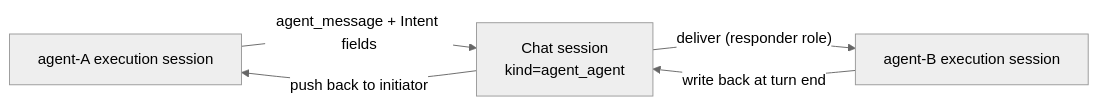
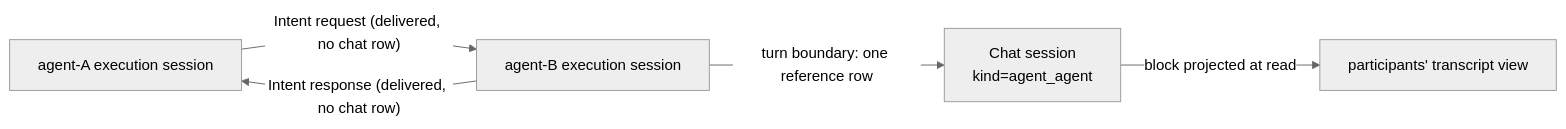
The third of 10 diagrams in docs/design/en/27-intent-messaging-and-group-chat.md (acowork/acowork), drawn with Mermaid (neutral theme) before and after one commit. The commit also changed other lines of this file and 3 other files, not shown here.

````diff
--- a/docs/design/en/27-intent-messaging-and-group-chat.md
+++ b/docs/design/en/27-intent-messaging-and-group-chat.md
@@ -81,7 +83,7 @@
 ```mermaid
 graph LR
-    AES["agent-A execution session"] -->|"agent_message + Intent fields"| ACS["Chat session<br/>kind=agent_agent"]
-    ACS -->|"deliver (responder role)"| BES["agent-B execution session"]
-    BES -->|"write back at turn end"| ACS
-    ACS -->|"push back to initiator"| AES
+    AES["agent-A execution session"] -->|"Intent request (delivered, no chat row)"| BES["agent-B execution session"]
+    BES -->|"turn boundary: one reference row"| ACS["Chat session<br/>kind=agent_agent"]
+    BES -->|"Intent response (delivered, no chat row)"| AES
+    ACS -->|"block projected at read"| V["participants' transcript view"]
 ```
````
